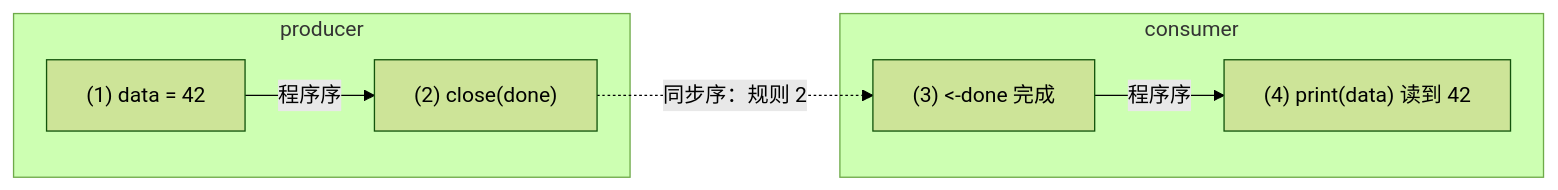
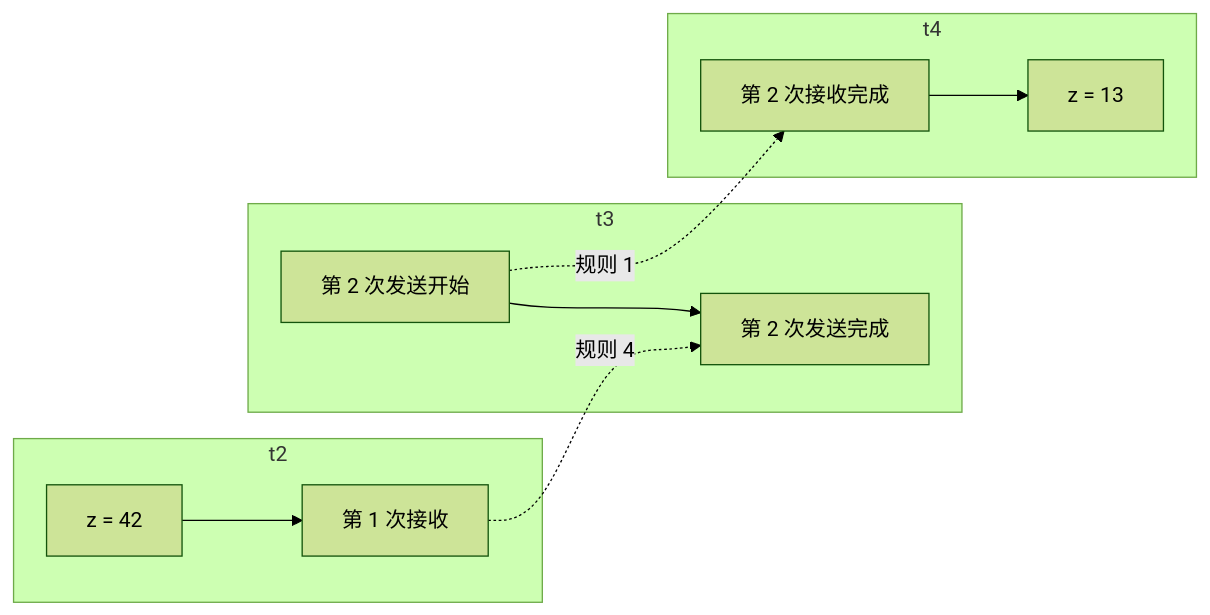
One commit to golang-design/under-the-hood changed the diagram in book/zh-cn/part3concurrency/ch10chan/lockfree.md. Above: the diagram before and after it, drawn with Mermaid (forest theme). The commit also changed other lines of this file and 7 other files, not shown here.

````diff
--- a/book/zh-cn/part3concurrency/ch10chan/lockfree.md
+++ b/book/zh-cn/part3concurrency/ch10chan/lockfree.md
@@ -49,10 +204,14 @@
 ```mermaid
 flowchart LR
-    subgraph P["producer"]
-        A["(1) data = 42"] -->|程序序| B["(2) close(done)"]
+    subgraph T2["t2"]
+        A["z = 42"] --> B["第 1 次接收"]
     end
-    subgraph C["consumer"]
-        D["(3) &lt;-done 完成"] -->|程序序| E["(4) print(data) 读到 42"]
+    subgraph T3["t3"]
+        C["第 2 次发送开始"] --> D["第 2 次发送完成"]
     end
-    B -.->|"同步序：规则 2"| D
+    subgraph T4["t4"]
+        E["第 2 次接收完成"] --> F["z = 13"]
+    end
+    B -.->|"规则 4"| D
+    C -.->|"规则 1"| E
 ```
````
